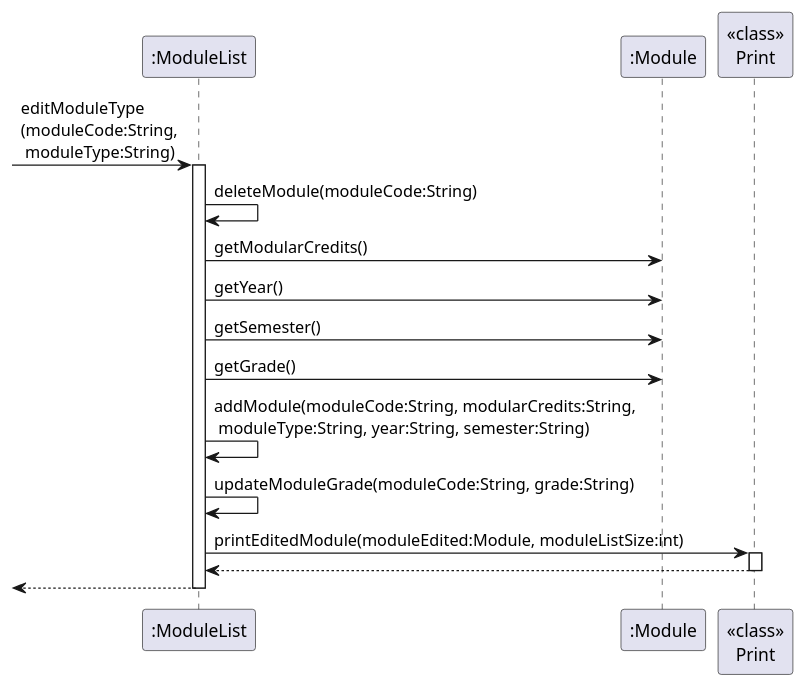
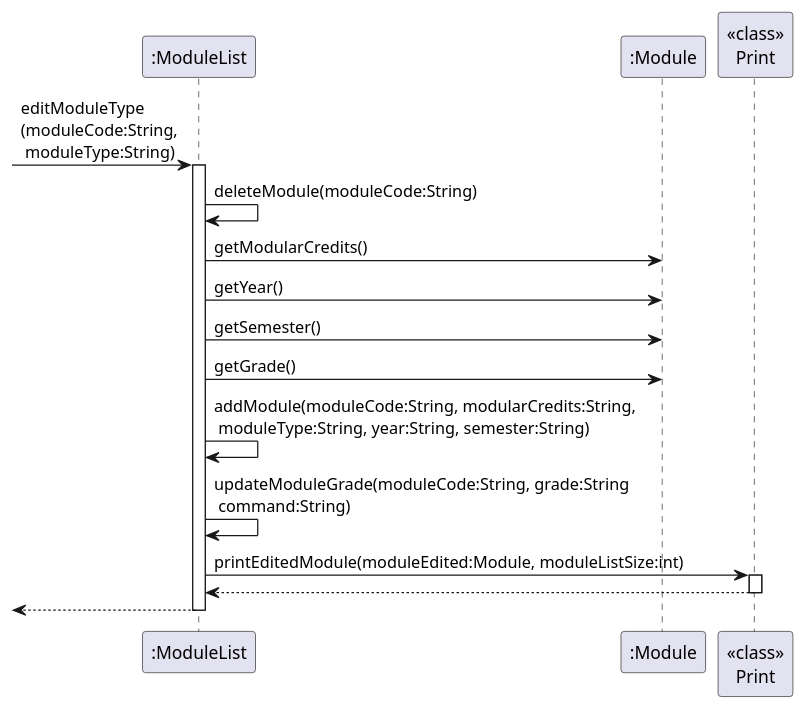
Before and after one commit to saintzaw/tp: the diagram in docs/diagrams/editModuleType.puml, drawn with PlantUML. The commit also changed 1 other file, not shown here.

Commit message:
edit diagram for editModuleType

```diff
--- a/docs/diagrams/editModuleType.puml
+++ b/docs/diagrams/editModuleType.puml
@@ -1,22 +1,22 @@
 @startuml
 participant ":ModuleList" as ML
 participant ":Module" as Mod
 participant "<<class>>\nPrint" as Print
 
 [->ML : editModuleType\n(moduleCode:String,\n moduleType:String)
  activate ML
         ML -> ML: deleteModule(moduleCode:String)
         ML -> Mod: getModularCredits()
         ML -> Mod: getYear()
         ML -> Mod: getSemester()
         ML -> Mod: getGrade()
 
         ML -> ML: addModule(moduleCode:String, modularCredits:String,\n moduleType:String, year:String, semester:String)
-        ML -> ML: updateModuleGrade(moduleCode:String, grade:String)
+        ML -> ML: updateModuleGrade(moduleCode:String, grade:String \n command:String)
         ML -> Print : printEditedModule(moduleEdited:Module, moduleListSize:int)
         activate Print
         Print --> ML
         deactivate Print
 ML-->[
 deactivate ML
 @enduml
```
